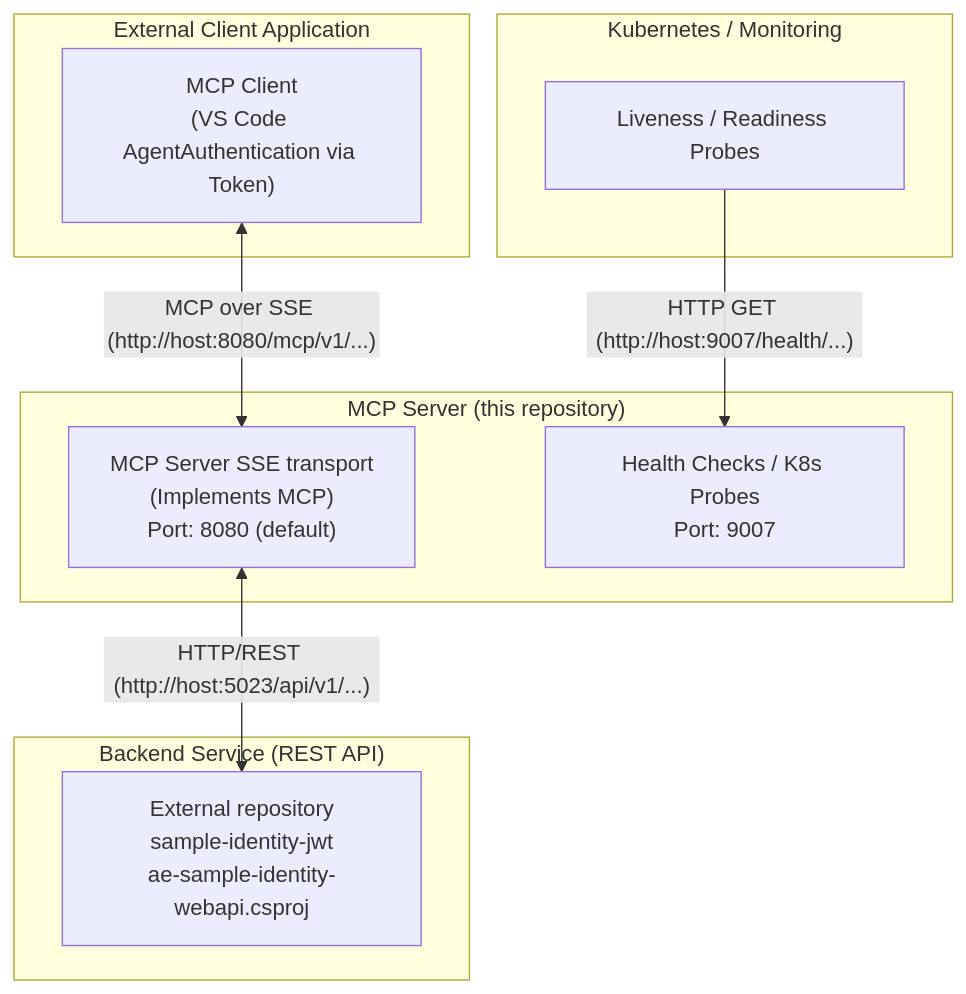
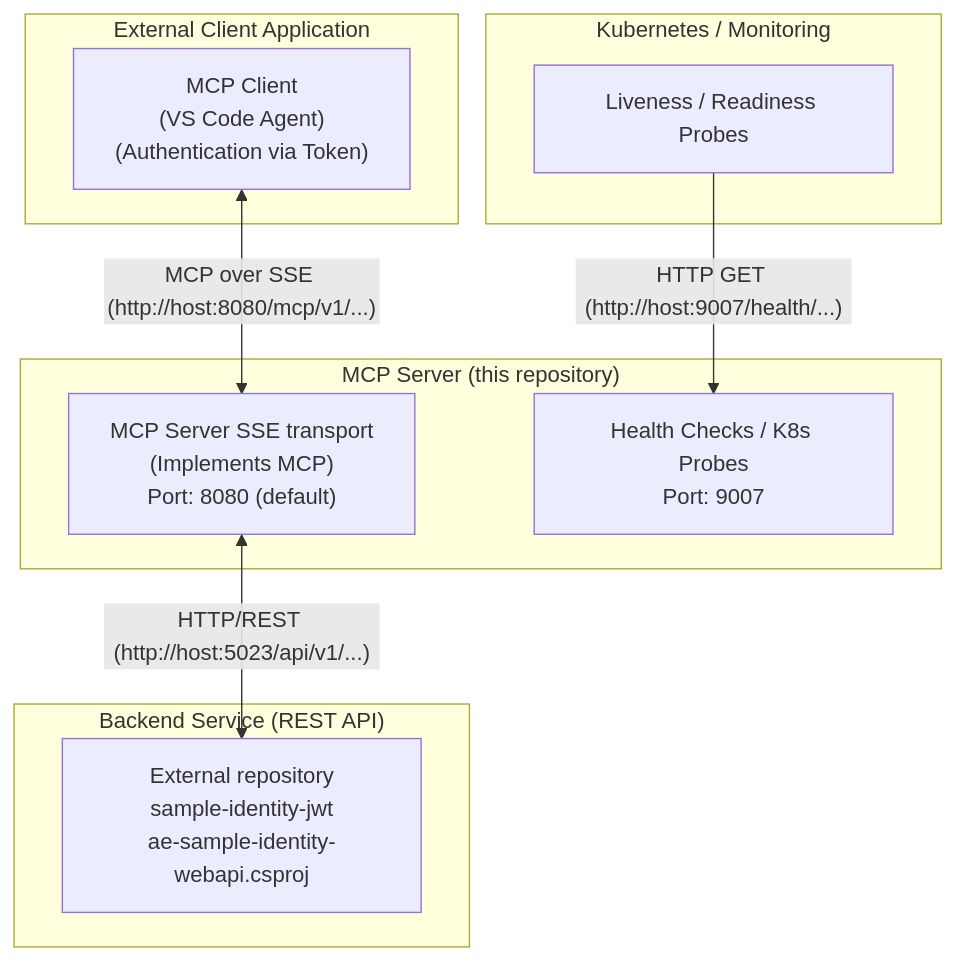
Before and after one commit to ISubkowskI/ae-poc-identity-mcpsrv: the diagram in README.md, drawn with Mermaid.

Commit message:
Save README

````diff
--- a/README.md
+++ b/README.md
@@ -16,23 +16,23 @@
 ```mermaid
 graph TD
     subgraph "External Client Application"
-        lblMCPClient["MCP Client<br/>(VS Code AgentAuthentication via Token)"]
+        lblMCPClient["MCP Client<br/>(VS Code Agent)<br/>(Authentication via Token)"]
     end
 
     subgraph "MCP Server (this repository)"
         lblMCPServer["MCP Server SSE transport<br/>(Implements MCP)<br/>Port: 8080 (default)"]
         lblHealth["Health Checks / K8s Probes<br/>Port: 9007"]
     end
 
     subgraph "Backend Service (REST API)"
         lblBackendService["External repository<br/>sample-identity-jwt<br/>ae-sample-identity-webapi.csproj"]
     end
     
     subgraph "Kubernetes / Monitoring"
         lblK8s["Liveness / Readiness Probes"]
     end
 
     lblMCPClient -- "MCP over SSE (http://host:8080/mcp/v1/...)" <--> lblMCPServer
     lblMCPServer -- "HTTP/REST (http://host:5023/api/v1/...)" <--> lblBackendService
     lblK8s -- "HTTP GET (http://host:9007/health/...)" --> lblHealth
 ```
````
